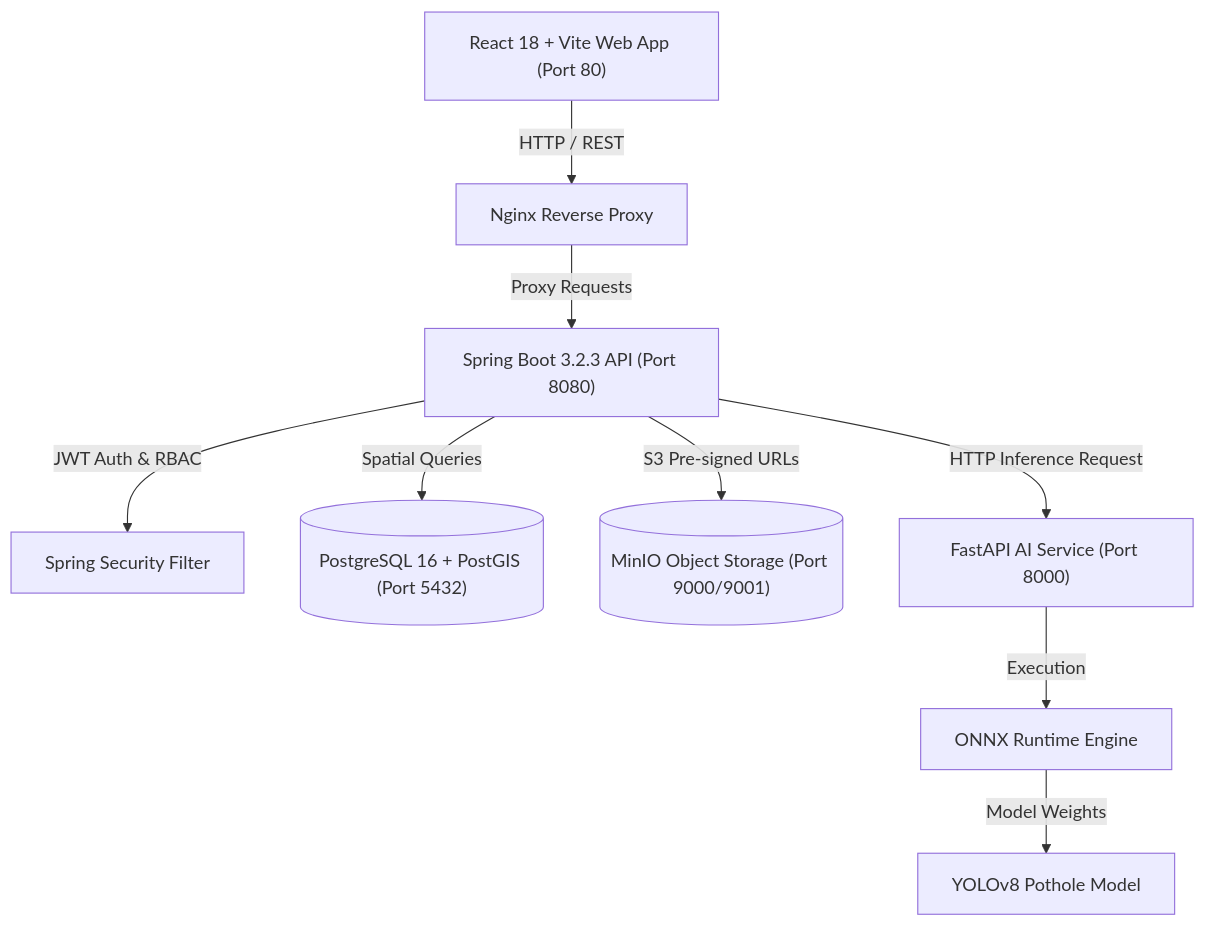
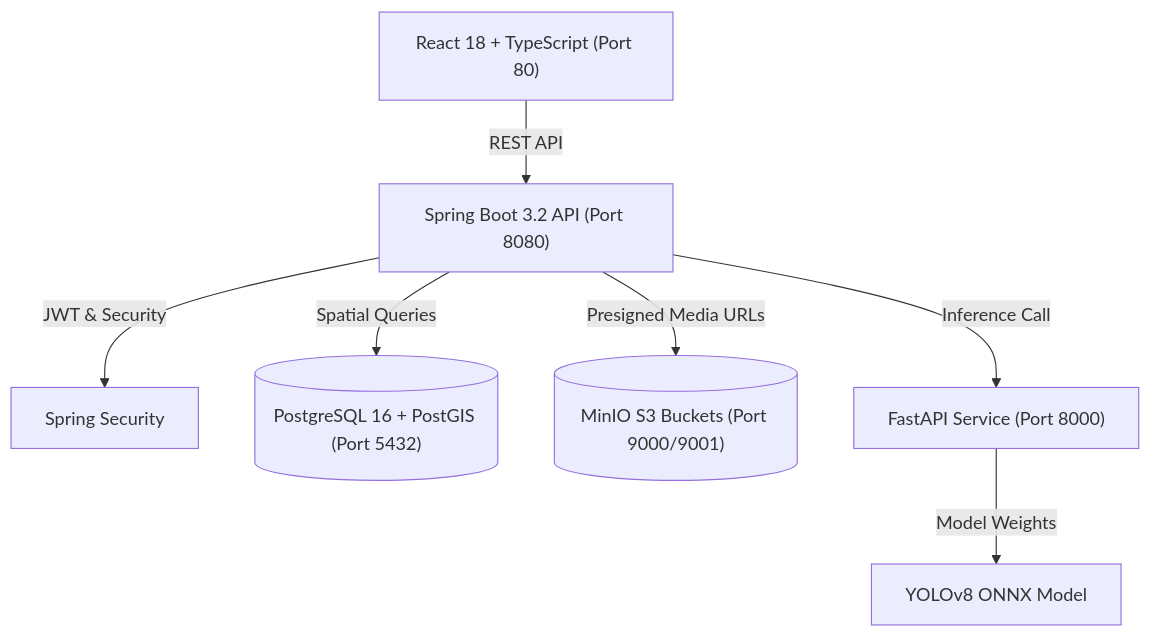
One commit to dheeraj17082005/Dheeraj-Smart_Pothole-Detection changed the second of 2 diagrams in README.md. Above: the diagram before and after it, drawn with Mermaid. The commit also changed other lines of this file, not shown here.

Commit message:
docs: add end-to-end mermaid flow diagram and simplify README.md for fast learning

````diff
--- a/README.md
+++ b/README.md
@@ -73,11 +62,9 @@
 ```mermaid
 graph TD
-    Client["React 18 + Vite Web App (Port 80)"] -->|HTTP / REST| Nginx["Nginx Reverse Proxy"]
-    Nginx -->|Proxy Requests| Backend["Spring Boot 3.2.3 API (Port 8080)"]
-    Backend -->|JWT Auth & RBAC| Security["Spring Security Filter"]
+    Client["React 18 + TypeScript (Port 80)"] -->|REST API| Backend["Spring Boot 3.2 API (Port 8080)"]
+    Backend -->|JWT & Security| Auth["Spring Security"]
     Backend -->|Spatial Queries| DB[("PostgreSQL 16 + PostGIS (Port 5432)")]
-    Backend -->|S3 Pre-signed URLs| MinIO[("MinIO Object Storage (Port 9000/9001)")]
-    Backend -->|HTTP Inference Request| AIService["FastAPI AI Service (Port 8000)"]
-    AIService -->|Execution| ONNX["ONNX Runtime Engine"]
-    ONNX -->|Model Weights| YOLO["YOLOv8 Pothole Model"]
+    Backend -->|Presigned Media URLs| MinIO[("MinIO S3 Buckets (Port 9000/9001)")]
+    Backend -->|Inference Call| AIService["FastAPI Service (Port 8000)"]
+    AIService -->|Model Weights| ONNX["YOLOv8 ONNX Model"]
 ```
````
